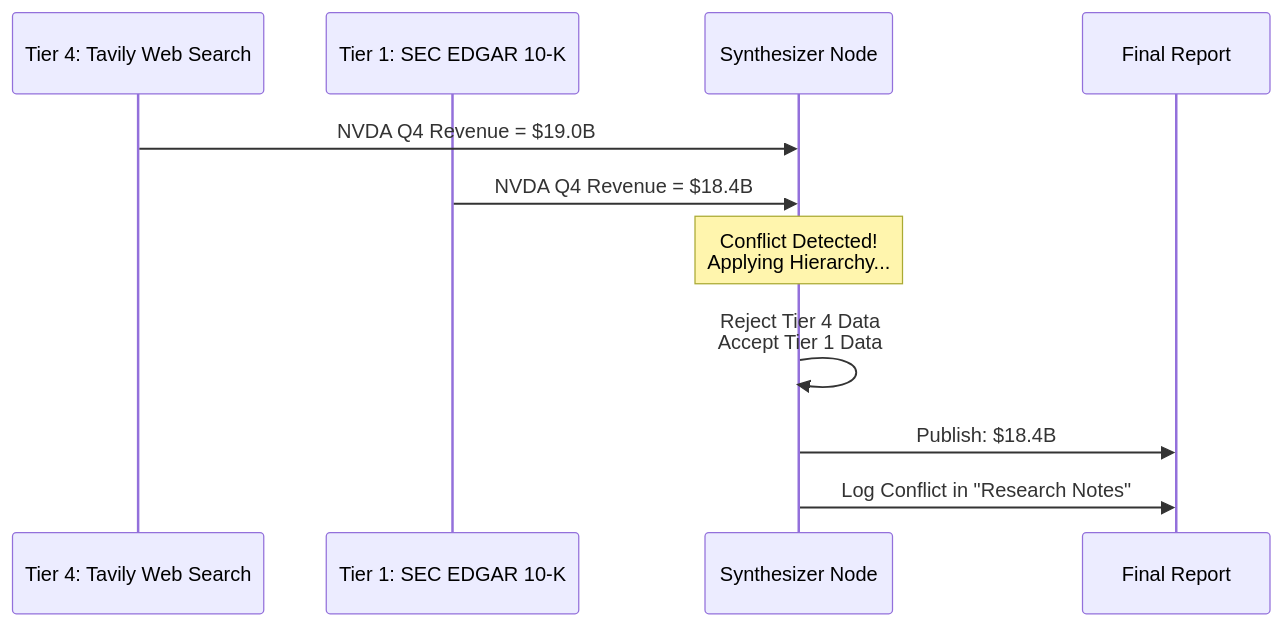
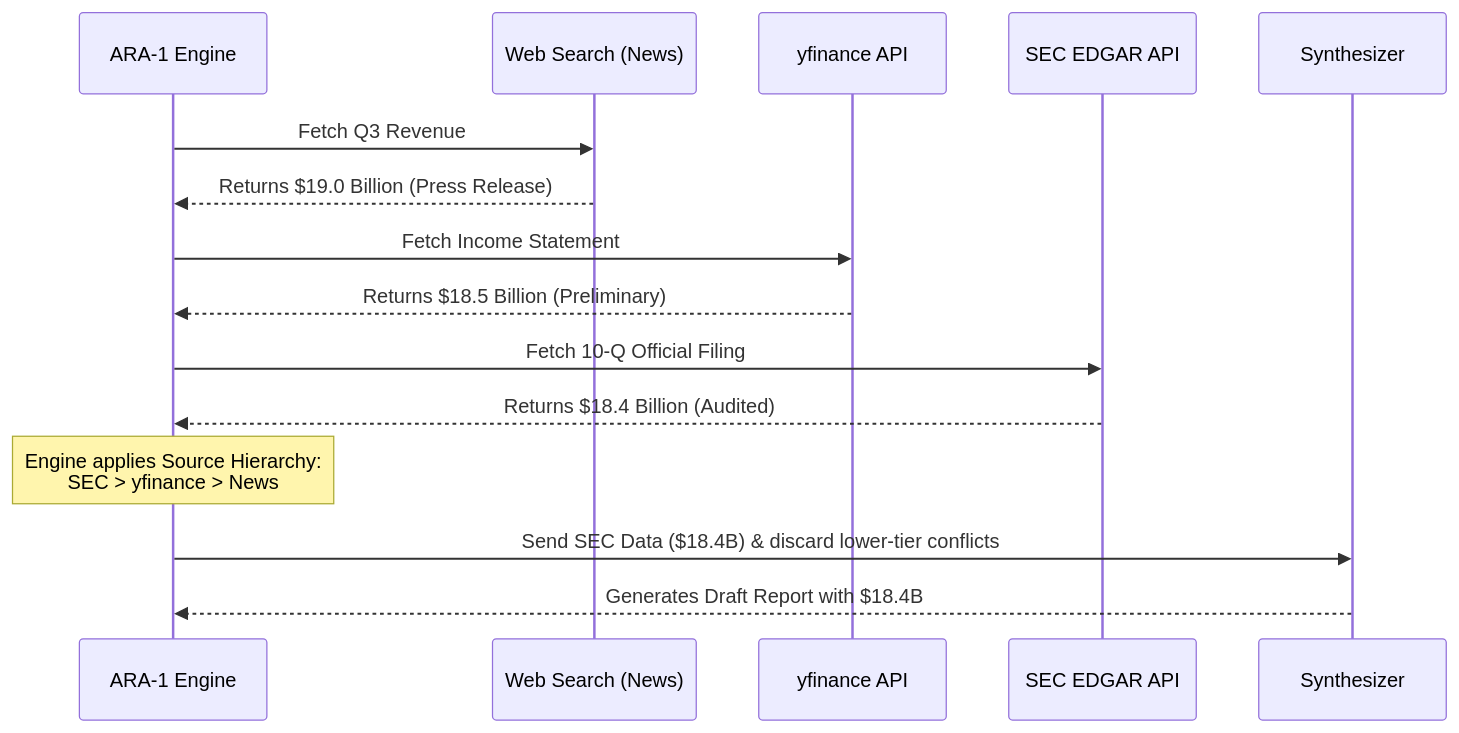
Before and after one commit to Paragiscool/Autonomous-Financial-Research-Agent: the third of 3 diagrams in README.md, drawn with Mermaid. The commit also changed other lines of this file, not shown here.

Commit message:
docs: overhaul README with layman terms and Mermaid diagrams

````diff
--- a/README.md
+++ b/README.md
@@ -56,14 +59,22 @@
 ```mermaid
 sequenceDiagram
-    participant Web as Tier 4: Tavily Web Search
-    participant SEC as Tier 1: SEC EDGAR 10-K
-    participant Syn as Synthesizer Node
-    participant Rep as Final Report
-
-    Web->>Syn: NVDA Q4 Revenue = $19.0B
-    SEC->>Syn: NVDA Q4 Revenue = $18.4B
-    Note over Syn: Conflict Detected!<br>Applying Hierarchy...
-    Syn->>Syn: Reject Tier 4 Data<br>Accept Tier 1 Data
-    Syn->>Rep: Publish: $18.4B
-    Syn->>Rep: Log Conflict in "Research Notes"
+    participant Agent as ARA-1 Engine
+    participant News as Web Search (News)
+    participant YF as yfinance API
+    participant SEC as SEC EDGAR API
+    participant Synth as Synthesizer
+    
+    Agent->>News: Fetch Q3 Revenue
+    News-->>Agent: Returns $19.0 Billion (Press Release)
+    
+    Agent->>YF: Fetch Income Statement
+    YF-->>Agent: Returns $18.5 Billion (Preliminary)
+    
+    Agent->>SEC: Fetch 10-Q Official Filing
+    SEC-->>Agent: Returns $18.4 Billion (Audited)
+    
+    Note over Agent: Engine applies Source Hierarchy:<br/>SEC > yfinance > News
+    
+    Agent->>Synth: Send SEC Data ($18.4B) & discard lower-tier conflicts
+    Synth-->>Agent: Generates Draft Report with $18.4B
 ```
````
